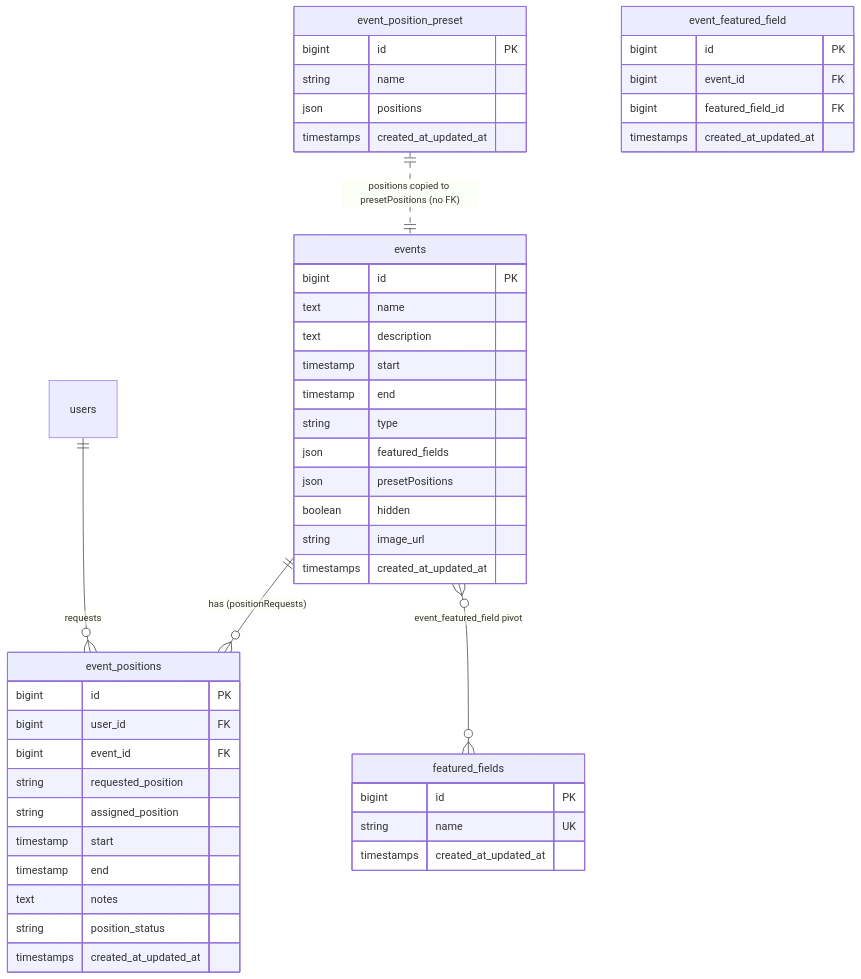
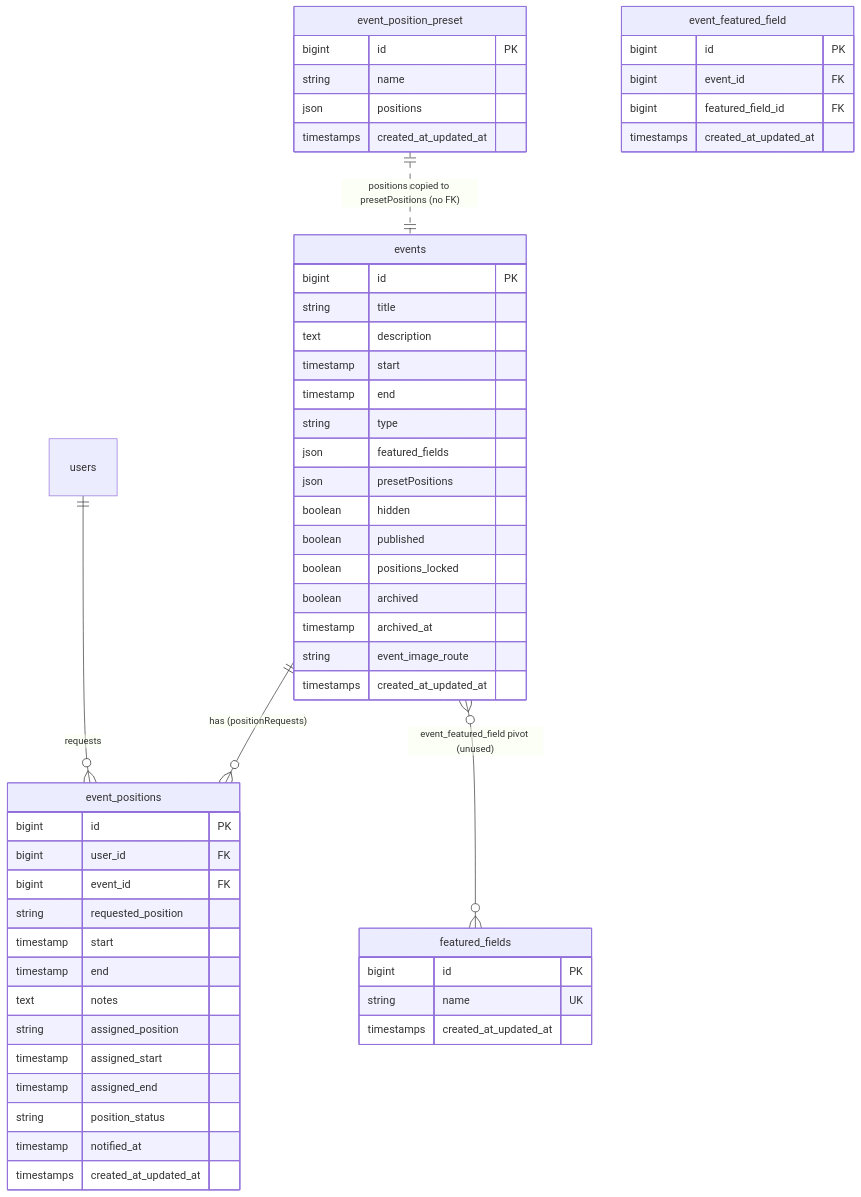
The diagram in docs/systems/events.md (zjx-artcc/site-laravel), drawn with Mermaid before and after one commit. The commit also changed other lines of this file and 19 other files, not shown here.

````diff
--- a/docs/systems/events.md
+++ b/docs/systems/events.md
@@ -30,54 +59,61 @@
 ```mermaid
 erDiagram
     events ||--o{ event_positions : "has (positionRequests)"
     users ||--o{ event_positions : "requests"
-    events }o--o{ featured_fields : "event_featured_field pivot"
+    events }o--o{ featured_fields : "event_featured_field pivot (unused)"
     event_position_preset ||..|| events : "positions copied to presetPositions (no FK)"
 
     events {
         bigint id PK
-        text name
+        string title
         text description
         timestamp start
         timestamp end
         string type
         json featured_fields
         json presetPositions
         boolean hidden
-        string image_url
+        boolean published
+        boolean positions_locked
+        boolean archived
+        timestamp archived_at
+        string event_image_route
         timestamps created_at_updated_at
     }
 
     event_positions {
         bigint id PK
         bigint user_id FK
         bigint event_id FK
         string requested_position
-        string assigned_position
         timestamp start
         timestamp end
         text notes
+        string assigned_position
+        timestamp assigned_start
+        timestamp assigned_end
         string position_status
+        timestamp notified_at
         timestamps created_at_updated_at
     }
 
     event_position_preset {
         bigint id PK
         string name
         json positions
         timestamps created_at_updated_at
     }
 
     featured_fields {
         bigint id PK
         string name UK
         timestamps created_at_updated_at
     }
 
     event_featured_field {
         bigint id PK
         bigint event_id FK
         bigint featured_field_id FK
         timestamps created_at_updated_at
     }
 ```
````
